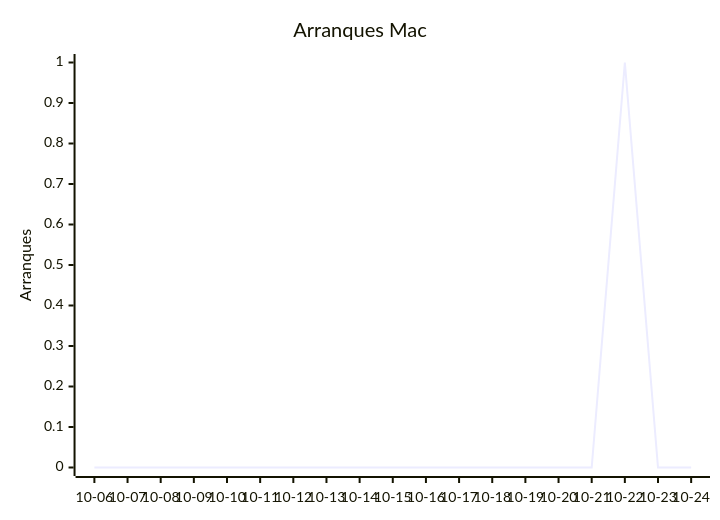
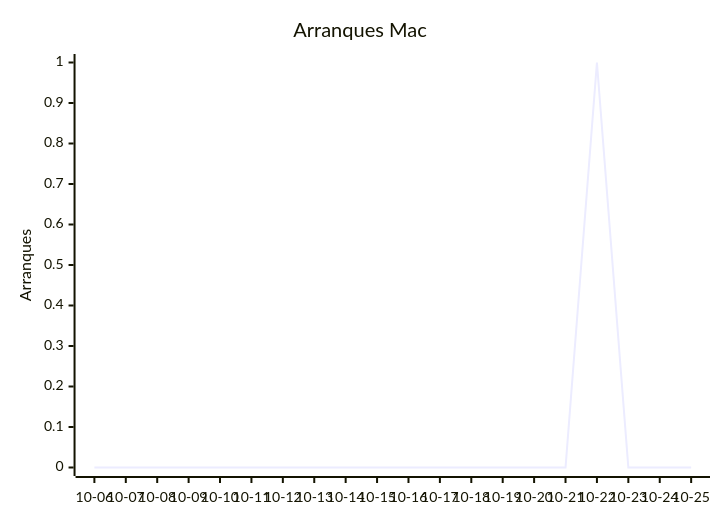
Before and after one commit to EmuDeck/stats: the fourth of 9 diagrams in README.md, drawn with Mermaid. The commit also changed other lines of this file and 2 other files, not shown here.

````diff
--- a/README.md
+++ b/README.md
@@ -42,7 +42,7 @@
 ```mermaid
 xychart-beta
     title "Arranques Mac"
-    x-axis ["10-06", "10-07", "10-08", "10-09", "10-10", "10-11", "10-12", "10-13", "10-14", "10-15", "10-16", "10-17", "10-18", "10-19", "10-20", "10-21", "10-22", "10-23", "10-24"]
+    x-axis ["10-06", "10-07", "10-08", "10-09", "10-10", "10-11", "10-12", "10-13", "10-14", "10-15", "10-16", "10-17", "10-18", "10-19", "10-20", "10-21", "10-22", "10-23", "10-24", "10-25"]
     y-axis "Arranques"
-    line [0, 0, 0, 0, 0, 0, 0, 0, 0, 0, 0, 0, 0, 0, 0, 0, 1, 0, 0]
+    line [0, 0, 0, 0, 0, 0, 0, 0, 0, 0, 0, 0, 0, 0, 0, 0, 1, 0, 0, 0]
 ```
````
